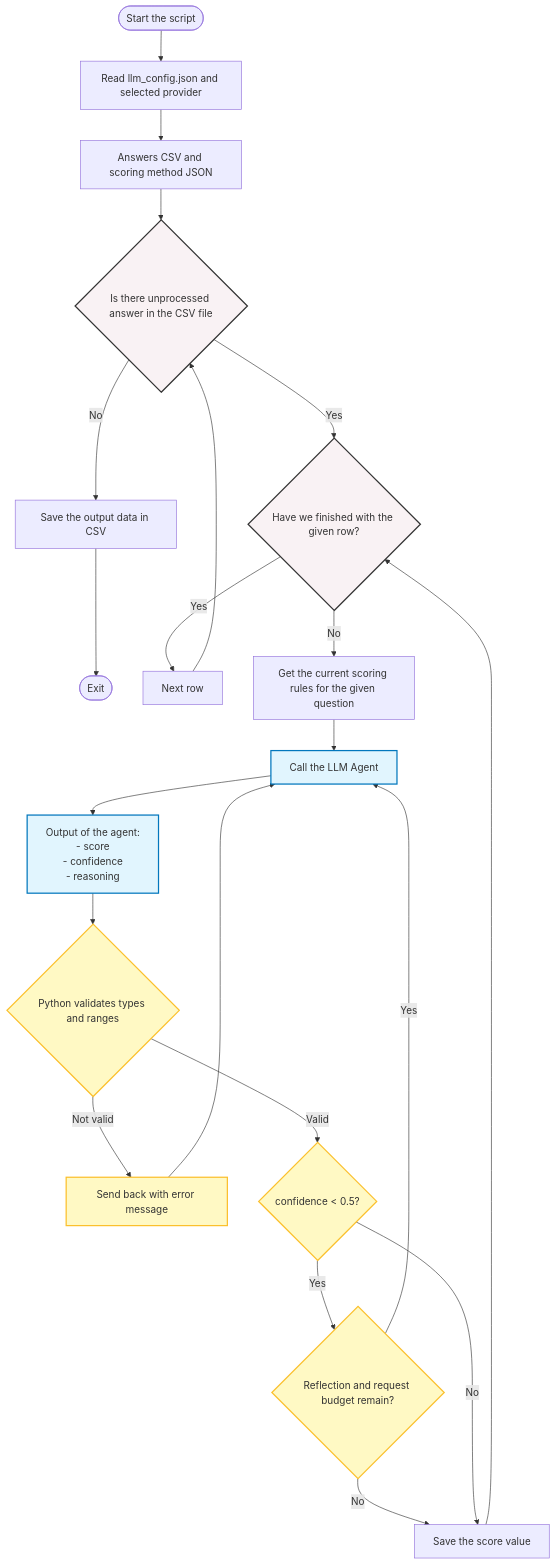
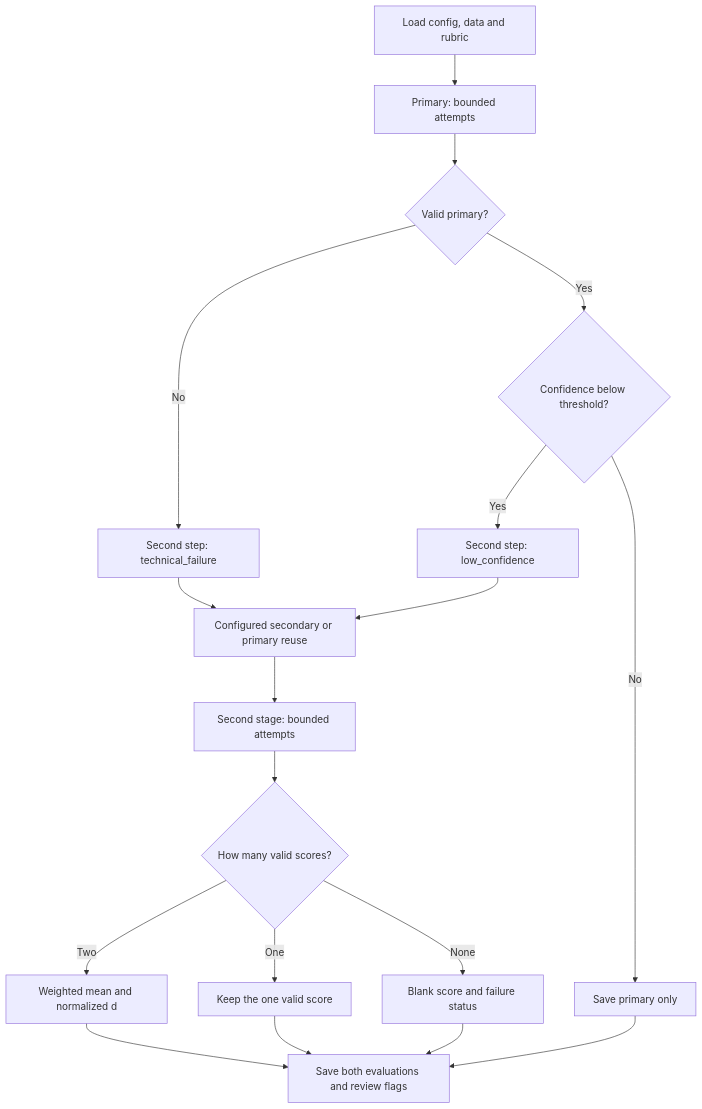
One commit to buriansandor/interview_scoring_system changed the diagram in README.md. Above: the diagram before and after it, drawn with Mermaid. The commit also changed other lines of this file and 17 other files, not shown here.

Commit message:
Add two-stage LLM fallback, uncertainty review and auditable weighted scores

````diff
--- a/README.md
+++ b/README.md
@@ -269,38 +302,20 @@
 ```mermaid
 flowchart TD
-    Start([Start the script]) --> Config[Read llm_config.json and selected provider]
-    Config --> Load[Answers CSV and scoring method JSON]
-    
-    Load --> RowLoop{Is there unprocessed answer in the CSV file}
-    RowLoop -- No --> SaveFinal[Save the output data in CSV] --> Finish([Exit])
-    
-    RowLoop -- Yes --> QLoop{Have we finished with the given row?}
-    QLoop -- Yes --> NextRow[Next row] --> RowLoop
-    
-    QLoop -- No --> ExtractData[Get the current scoring rules for the given question]
-    ExtractData --> AgentCall[Call the LLM Agent]
-    
-    AgentCall --> OutputObject[Output of the agent:\n- score\n- confidence\n- reasoning]
-    
-    OutputObject --> RangeCheck{Python validates types and ranges}
-    
-    RangeCheck -- Not valid --> RangeError[Send back with error message] --> AgentCall
-    
-    RangeCheck -- Valid --> ConfidenceCheck{confidence < 0.5?}
-    
-    ConfidenceCheck -- Yes --> EnhanceTool{Reflection and request budget remain?}
-    EnhanceTool -- Yes --> AgentCall
-    EnhanceTool -- No --> SaveScore
-    
-    ConfidenceCheck -- No --> SaveScore[Save the score value]
-    SaveScore --> QLoop
-
-    %% Stílusok a jobb átláthatóságért
-    classDef loop fill:#f9f2f4,stroke:#333,stroke-width:2px;
-    classDef agent fill:#e1f5fe,stroke:#0277bd,stroke-width:2px;
-    classDef tool fill:#fff9c4,stroke:#fbc02d,stroke-width:2px;
-    
-    class RowLoop,QLoop loop;
-    class AgentCall,OutputObject agent;
-    class RangeCheck,ConfidenceCheck,EnhanceTool,RangeError tool;
+    Start[Load config, data and rubric] --> Primary[Primary: bounded attempts]
+    Primary --> Valid{Valid primary?}
+    Valid -- No --> Technical[Second step: technical_failure]
+    Valid -- Yes --> Confidence{Confidence below threshold?}
+    Confidence -- No --> SavePrimary[Save primary only]
+    Confidence -- Yes --> Review[Second step: low_confidence]
+    Technical --> Select[Configured secondary or primary reuse]
+    Review --> Select
+    Select --> Second[Second stage: bounded attempts]
+    Second --> Combine{How many valid scores?}
+    Combine -- Two --> Mean[Weighted mean and normalized d]
+    Combine -- One --> Single[Keep the one valid score]
+    Combine -- None --> Failed[Blank score and failure status]
+    Mean --> Audit[Save both evaluations and review flags]
+    Single --> Audit
+    Failed --> Audit
+    SavePrimary --> Audit
 ```
````
